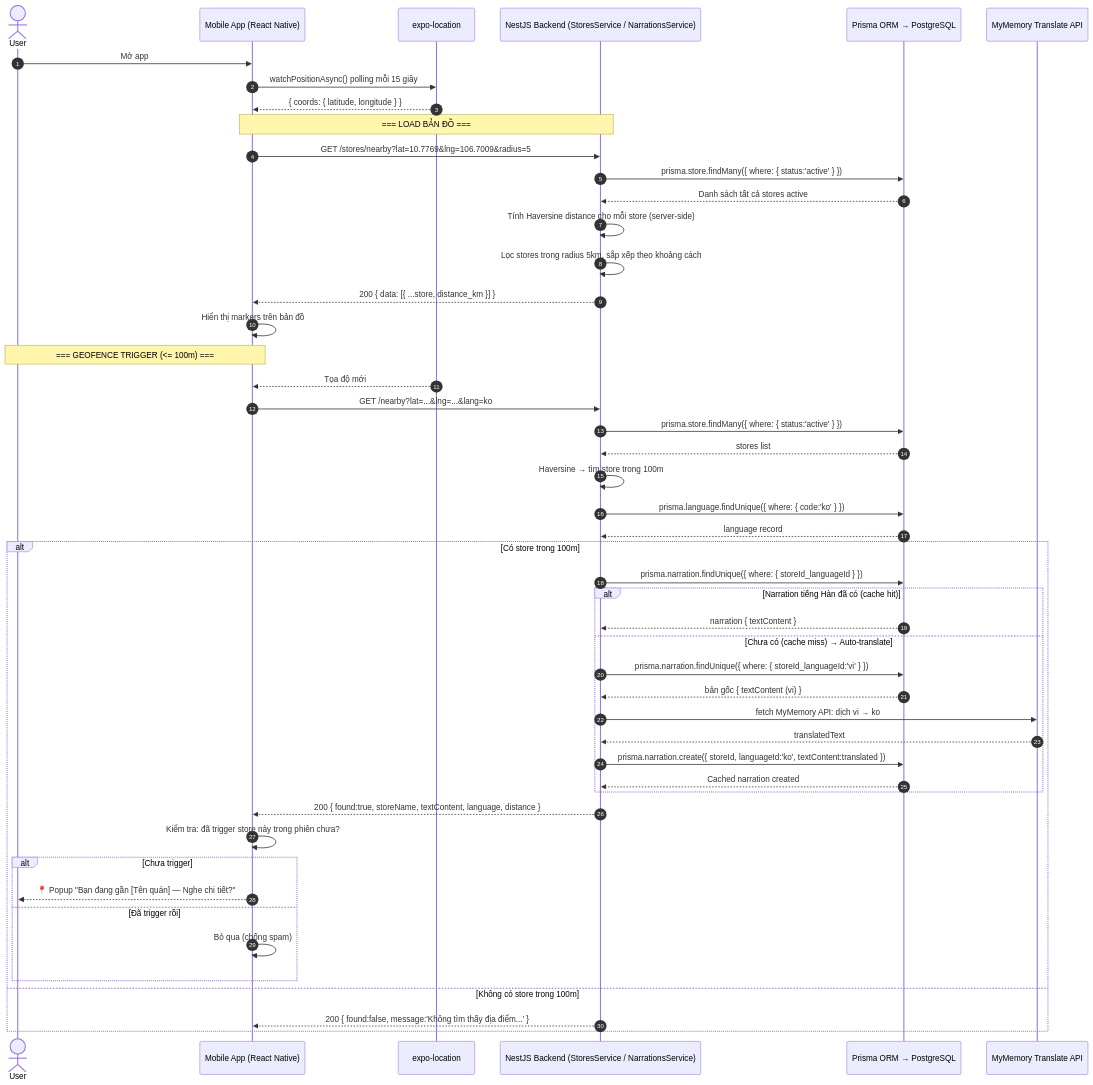
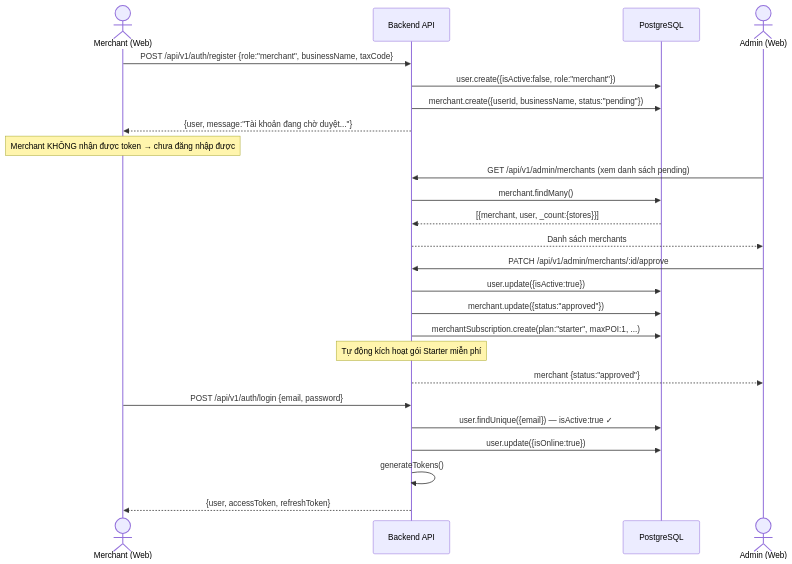
Before and after one commit to thankhanh/Seminar_sgu: the third of 14 diagrams in docs/diagrams.md, drawn with Mermaid. The commit also changed other lines of this file and 3 other files, not shown here.

````diff
--- a/docs/diagrams.md
+++ b/docs/diagrams.md
@@ -97,55 +253,31 @@
 ```mermaid
 sequenceDiagram
-    autonumber
-    actor U as User
-    participant App as Mobile App (React Native)
-    participant GPS as expo-location
-    participant API as NestJS Backend (StoresService / NarrationsService)
-    participant DB as Prisma ORM → PostgreSQL
-    participant TL as MyMemory Translate API
+    actor M as Merchant (Web)
+    participant API as Backend API
+    participant DB as PostgreSQL
+    actor A as Admin (Web)
 
-    U->>App: Mở app
-    App->>GPS: watchPositionAsync() polling mỗi 15 giây
-    GPS-->>App: { coords: { latitude, longitude } }
+    M->>API: POST /api/v1/auth/register {role:"merchant", businessName, taxCode}
+    API->>DB: user.create({isActive:false, role:"merchant"})
+    API->>DB: merchant.create({userId, businessName, status:"pending"})
+    API-->>M: {user, message:"Tài khoản đang chờ duyệt..."}
+    Note over M: Merchant KHÔNG nhận được token → chưa đăng nhập được
 
-    Note over App,API: === LOAD BẢN ĐỒ ===
-    App->>API: GET /stores/nearby?lat=10.7769&lng=106.7009&radius=5
-    API->>DB: prisma.store.findMany({ where: { status:'active' } })
-    DB-->>API: Danh sách tất cả stores active
-    API->>API: Tính Haversine distance cho mỗi store (server-side)
-    API->>API: Lọc stores trong radius 5km, sắp xếp theo khoảng cách
-    API-->>App: 200 { data: [{ ...store, distance_km }] }
-    App->>App: Hiển thị markers trên bản đồ
+    A->>API: GET /api/v1/admin/merchants (xem danh sách pending)
+    API->>DB: merchant.findMany()
+    DB-->>API: [{merchant, user, _count:{stores}}]
+    API-->>A: Danh sách merchants
 
-    Note over U,App: === GEOFENCE TRIGGER (<= 100m) ===
-    GPS-->>App: Tọa độ mới
-    App->>API: GET /nearby?lat=...&lng=...&lang=ko
-    API->>DB: prisma.store.findMany({ where: { status:'active' } })
-    DB-->>API: stores list
-    API->>API: Haversine → tìm store trong 100m
-    API->>DB: prisma.language.findUnique({ where: { code:'ko' } })
-    DB-->>API: language record
+    A->>API: PATCH /api/v1/admin/merchants/:id/approve
+    API->>DB: user.update({isActive:true})
+    API->>DB: merchant.update({status:"approved"})
+    API->>DB: merchantSubscription.create(plan:"starter", maxPOI:1, ...)
+    Note over API: Tự động kích hoạt gói Starter miễn phí
+    API-->>A: merchant {status:"approved"}
 
-    alt Có store trong 100m
-        API->>DB: prisma.narration.findUnique({ where: { storeId_languageId } })
-        alt Narration tiếng Hàn đã có (cache hit)
-            DB-->>API: narration { textContent }
-        else Chưa có (cache miss) → Auto-translate
-            API->>DB: prisma.narration.findUnique({ where: { storeId_languageId:'vi' } })
-            DB-->>API: bản gốc { textContent (vi) }
-            API->>TL: fetch MyMemory API: dịch vi → ko
-            TL-->>API: translatedText
-            API->>DB: prisma.narration.create({ storeId, languageId:'ko', textContent:translated })
-            DB-->>API: Cached narration created
-        end
-        API-->>App: 200 { found:true, storeName, textContent, language, distance }
-        App->>App: Kiểm tra: đã trigger store này trong phiên chưa?
-        alt Chưa trigger
-            App-->>U: 📍 Popup "Bạn đang gần [Tên quán] — Nghe chi tiết?"
-        else Đã trigger rồi
-            App->>App: Bỏ qua (chống spam)
-        end
-    else Không có store trong 100m
-        API-->>App: 200 { found:false, message:'Không tìm thấy địa điểm...' }
-    end
+    M->>API: POST /api/v1/auth/login {email, password}
+    API->>DB: user.findUnique({email}) — isActive:true ✓
+    API->>DB: user.update({isOnline:true})
+    API->>API: generateTokens()
+    API-->>M: {user, accessToken, refreshToken}
 ```
````
